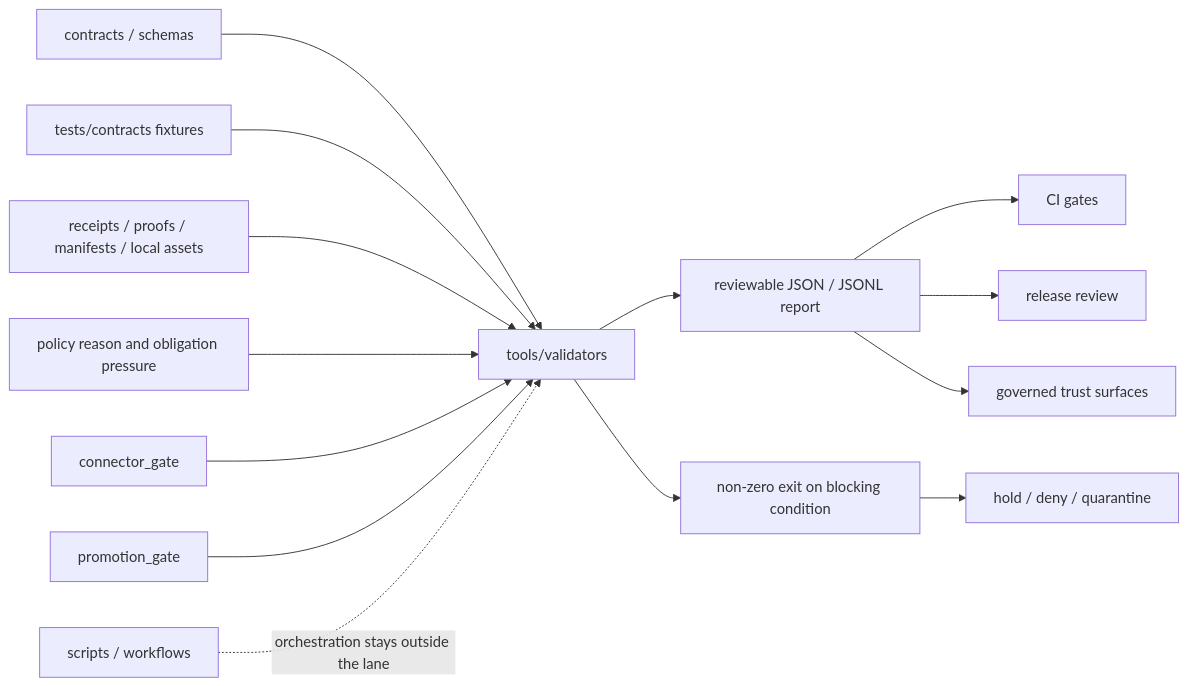
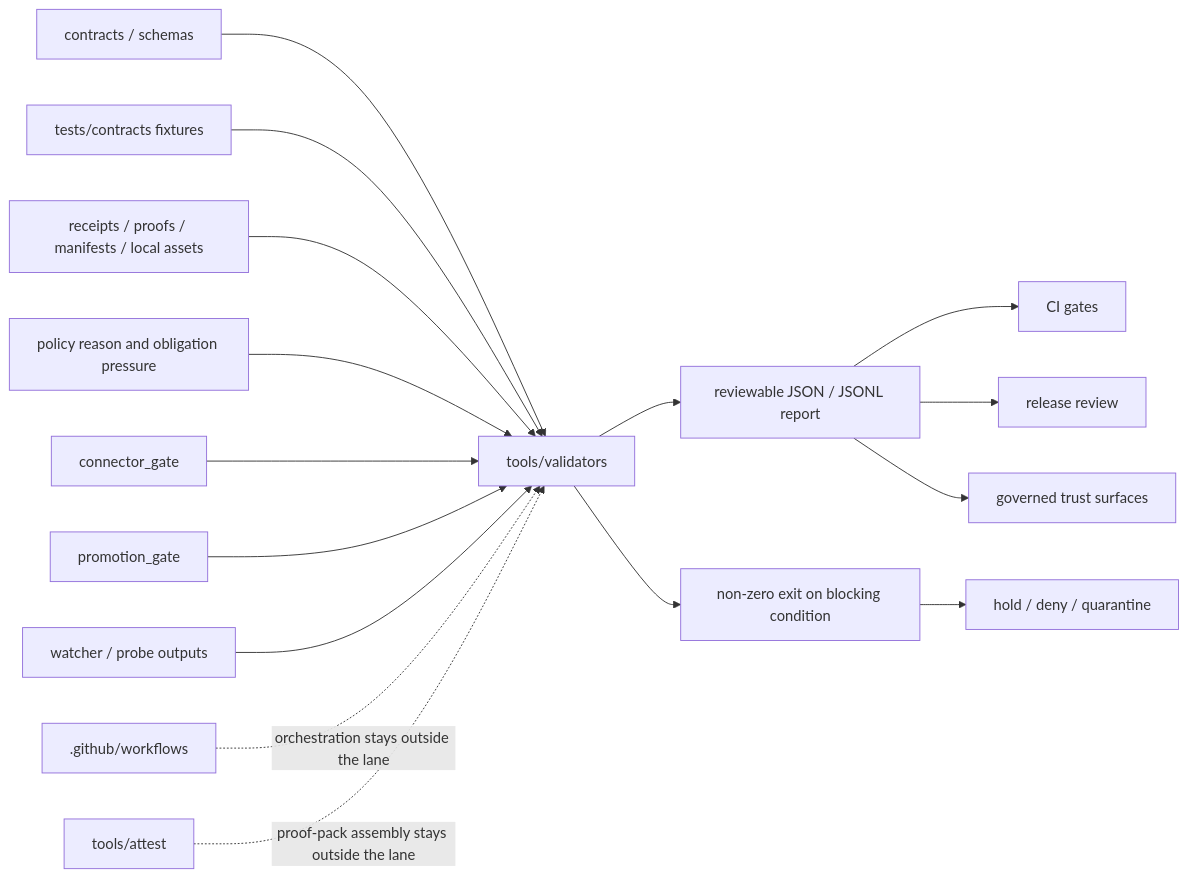
Before and after one commit to bartytime4life/Kansas-Frontier-Matrix: the diagram in tools/validators/README.md, drawn with Mermaid. The commit also changed other lines of this file, not shown here.

````diff
--- a/tools/validators/README.md
+++ b/tools/validators/README.md
@@ -285,20 +381,22 @@
 ```mermaid
 flowchart LR
     A[contracts / schemas] --> V[tools/validators]
     B[tests/contracts fixtures] --> V
     C[receipts / proofs / manifests / local assets] --> V
     D[policy reason and obligation pressure] --> V
 
     V --> R[reviewable JSON / JSONL report]
     V --> X[non-zero exit on blocking condition]
 
     R --> CI[CI gates]
     R --> RR[release review]
     R --> UI[governed trust surfaces]
     X --> HOLD[hold / deny / quarantine]
 
     CG[connector_gate] --> V
     PG[promotion_gate] --> V
 
-    S[scripts / workflows] -. orchestration stays outside the lane .-> V
+    W[watcher / probe outputs] --> V
+    WF[.github/workflows] -. orchestration stays outside the lane .-> V
+    A2[tools/attest] -. proof-pack assembly stays outside the lane .-> V
 ```
````
